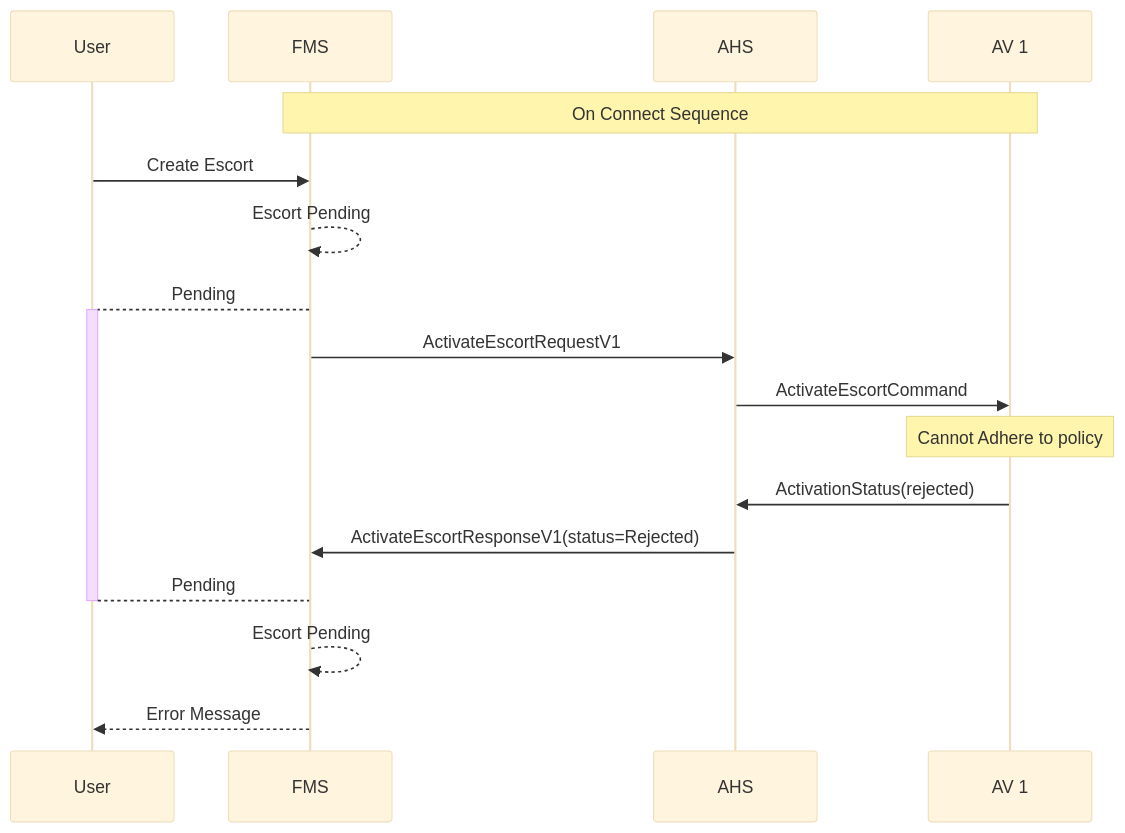
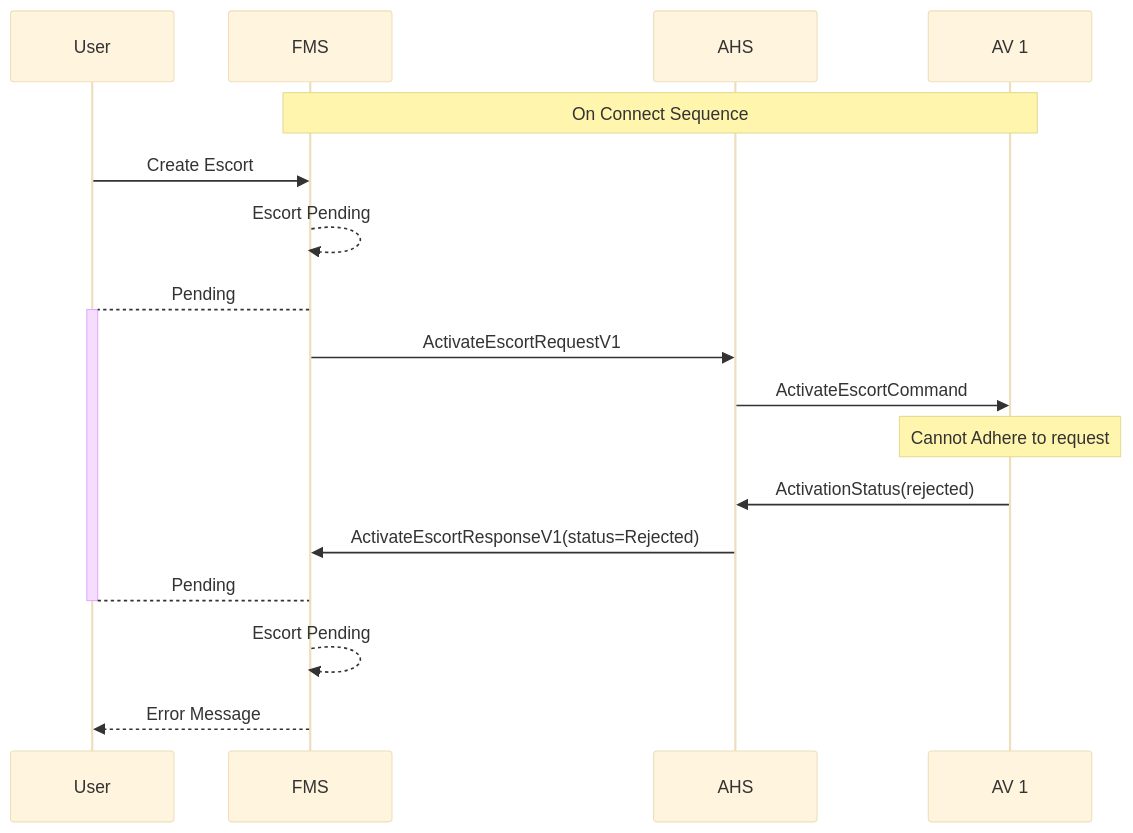
Before and after one commit to open-autonomy/escort: the third of 3 diagrams in diagram/EscortActivation.md, drawn with Mermaid (base theme). The commit also changed other lines of this file and 7 other files, not shown here.

````diff
--- a/diagram/EscortActivation.md
+++ b/diagram/EscortActivation.md
@@ -103,20 +96,20 @@
 ```mermaid
 sequenceDiagram
     participant User
     participant FMS
     participant AHS
     participant AV 1
 
     Note over FMS,AV 1: On Connect Sequence
     User->>FMS: Create Escort
     FMS-->>FMS: Escort Pending
     FMS-->+User: Pending
     FMS->>AHS: ActivateEscortRequestV1
     AHS->>AV 1: ActivateEscortCommand
-    Note Over AV 1: Cannot Adhere to policy
+    Note Over AV 1: Cannot Adhere to request
     AV 1->>AHS: ActivationStatus(rejected)
     AHS->>FMS: ActivateEscortResponseV1(status=Rejected)
     User-->-FMS: Pending
     FMS-->>FMS: Escort Pending
     FMS-->>User: Error Message
 ```
````
